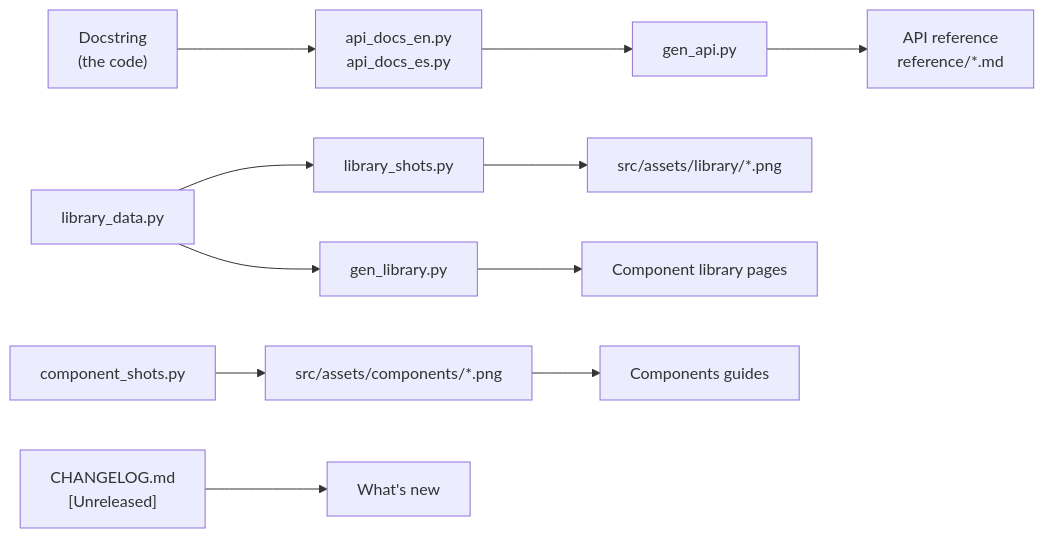
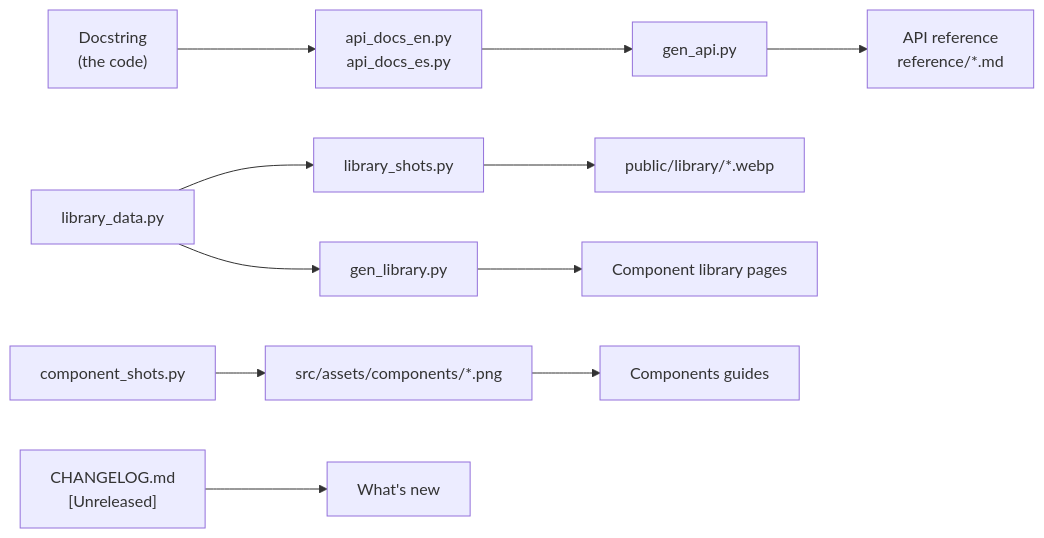
One commit to albakore/pyzed changed the diagram in docs/src/content/docs/contributing/documenting-components.md. Above: the diagram before and after it, drawn with Mermaid. The commit also changed other lines of this file and 5996 other files, not shown here.

````diff
--- a/docs/src/content/docs/contributing/documenting-components.md
+++ b/docs/src/content/docs/contributing/documenting-components.md
@@ -12,8 +12,8 @@
 ```mermaid
 flowchart LR
     DS["Docstring<br/>(the code)"] --> API["api_docs_en.py<br/>api_docs_es.py"] --> GEN["gen_api.py"] --> REF["API reference<br/>reference/*.md"]
-    LIB["library_data.py"] --> LS["library_shots.py"] --> IMG["src/assets/library/*.png"]
+    LIB["library_data.py"] --> LS["library_shots.py"] --> IMG["public/library/*.webp"]
     LIB --> GL["gen_library.py"] --> PAGES["Component library pages"]
     CS["component_shots.py"] --> CIMG["src/assets/components/*.png"] --> GUIDE["Components guides"]
     CL["CHANGELOG.md<br/>[Unreleased]"] --> NEW["What's new"]
 ```
````
